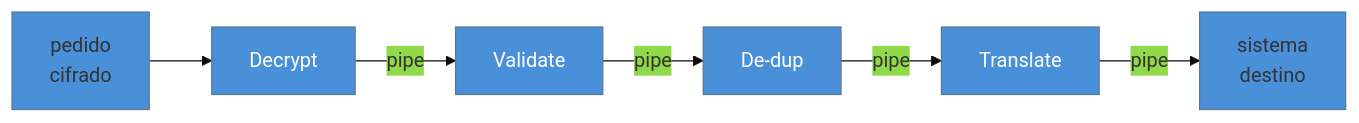
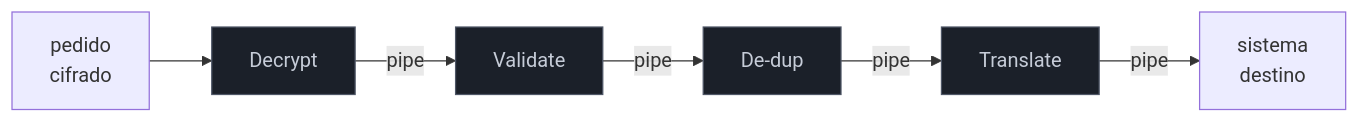
One commit to josenaldo/codex-technomanticus changed the diagram in 03-Dominios/Engenharia/Design de Software/Padrões de Projeto/Integração Empresarial (EIP)/04 - Pipes and Filters.md. Above: the diagram before and after it, drawn with Mermaid. The commit also changed 1181 other files, not shown here.

First line of the commit message:
fix(diagramas): paleta do sistema no lugar de cor cravada no markdown

````diff
--- a/03-Dominios/Engenharia/Design de Software/Padrões de Projeto/Integração Empresarial (EIP)/04 - Pipes and Filters.md
+++ b/03-Dominios/Engenharia/Design de Software/Padrões de Projeto/Integração Empresarial (EIP)/04 - Pipes and Filters.md
@@ -35,14 +35,14 @@
 ```mermaid
-%%{init: {"theme": "base", "themeVariables": {"primaryColor": "#4A90D9"}}}%%
 graph LR
+    classDef neutro fill:#1B2029,stroke:#4E5666,color:#C6CCD8
     IN["pedido<br/>cifrado"] --> F1["Decrypt"]
     F1 -->|pipe| F2["Validate"]
     F2 -->|pipe| F3["De-dup"]
     F3 -->|pipe| F4["Translate"]
     F4 -->|pipe| OUT["sistema<br/>destino"]
 
-    style F1 fill:#4A90D9,color:#fff
-    style F2 fill:#4A90D9,color:#fff
-    style F3 fill:#4A90D9,color:#fff
-    style F4 fill:#4A90D9,color:#fff
+    class F1 neutro
+    class F2 neutro
+    class F3 neutro
+    class F4 neutro
 ```
````
